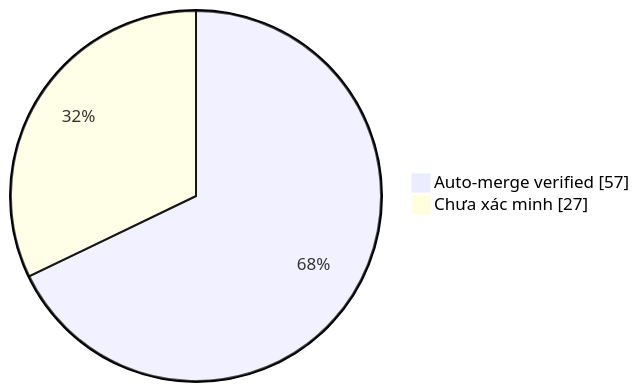
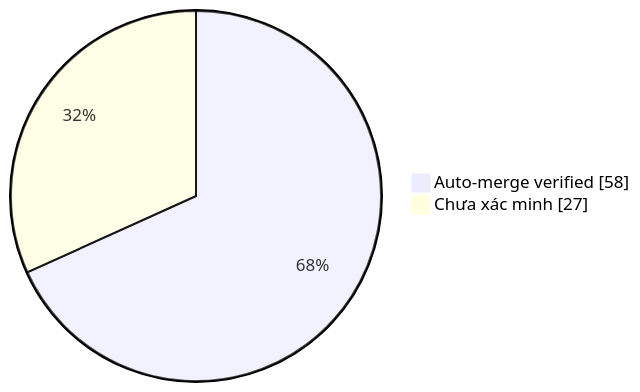
One commit to duykhang68/tetdinhmuiblog changed the diagram in collector.md. Above: the diagram before and after it, drawn with Mermaid. The commit also changed other lines of this file and 1 other file, not shown here.

Commit message:
docs(collector): update auto-merge evidence dashboard

````diff
--- a/collector.md
+++ b/collector.md
@@ -22,5 +22,5 @@
 ```mermaid
 pie showData
-    "Auto-merge verified" : 57
+    "Auto-merge verified" : 58
     "Chưa xác minh" : 27
 ```
````
